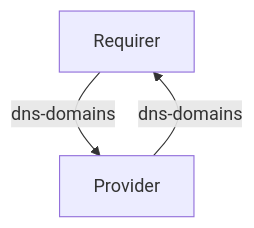
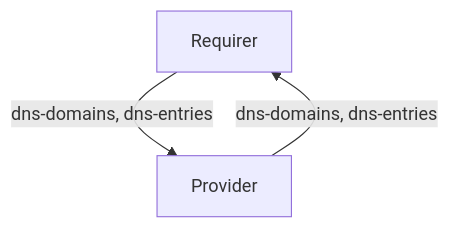
One commit to canonical/charm-relation-interfaces changed the diagram in interfaces/dns_record/v0/README.md. Above: the diagram before and after it, drawn with Mermaid. The commit also changed other lines of this file and 1 other file, not shown here.

````diff
--- a/interfaces/dns_record/v0/README.md
+++ b/interfaces/dns_record/v0/README.md
@@ -10,5 +10,5 @@
 ```mermaid
 flowchart TD
-  Requirer -- dns-domains --> Provider
-  Provider -- dns-domains --> Requirer
+  Requirer -- dns-domains, dns-entries --> Provider
+  Provider -- dns-domains, dns-entries --> Requirer
 ```
````
